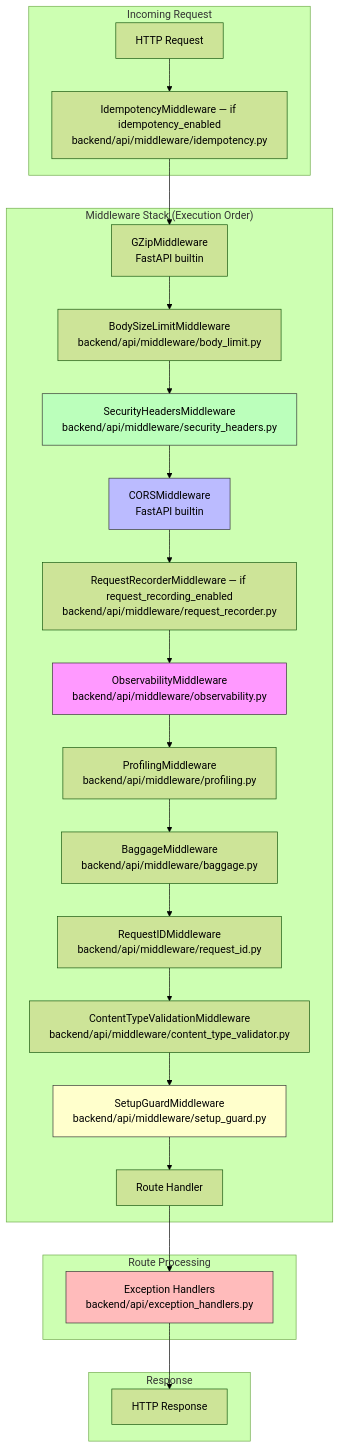
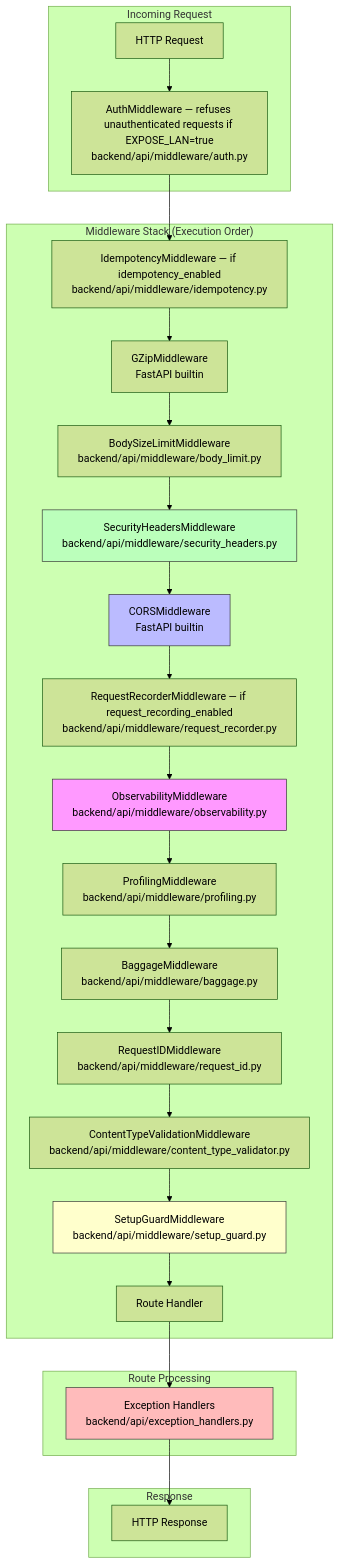
Before and after one commit to mikesvoboda/nemotron-v3-home-security-intelligence: the diagram in docs/architecture/middleware/README.md, drawn with Mermaid (forest theme). The commit also changed other lines of this file and 9 other files, not shown here.

First line of the commit message:
docs: describe the EXPOSE_LAN auth model (B1.5)

````diff
--- a/docs/architecture/middleware/README.md
+++ b/docs/architecture/middleware/README.md
@@ -25,36 +25,37 @@
 ```mermaid
 graph TD
     subgraph "Incoming Request"
-        REQ[HTTP Request] --> IDEM
+        REQ[HTTP Request] --> AUTH
     end
 
     subgraph "Middleware Stack (Execution Order)"
+        AUTH[AuthMiddleware — refuses unauthenticated requests if EXPOSE_LAN=true<br/>backend/api/middleware/auth.py] --> IDEM
         IDEM[IdempotencyMiddleware — if idempotency_enabled<br/>backend/api/middleware/idempotency.py] --> GZIP
         GZIP[GZipMiddleware<br/>FastAPI builtin] --> BL
         BL[BodySizeLimitMiddleware<br/>backend/api/middleware/body_limit.py] --> SEC
         SEC[SecurityHeadersMiddleware<br/>backend/api/middleware/security_headers.py] --> CORS
         CORS[CORSMiddleware<br/>FastAPI builtin] --> RR
         RR[RequestRecorderMiddleware — if request_recording_enabled<br/>backend/api/middleware/request_recorder.py] --> OBS
         OBS[ObservabilityMiddleware<br/>backend/api/middleware/observability.py] --> PROF
         PROF[ProfilingMiddleware<br/>backend/api/middleware/profiling.py] --> BAG
         BAG[BaggageMiddleware<br/>backend/api/middleware/baggage.py] --> RID
         RID[RequestIDMiddleware<br/>backend/api/middleware/request_id.py] --> CT
         CT[ContentTypeValidationMiddleware<br/>backend/api/middleware/content_type_validator.py] --> SG
         SG[SetupGuardMiddleware<br/>backend/api/middleware/setup_guard.py] --> ROUTE
     end
 
     subgraph "Route Processing"
         ROUTE[Route Handler] --> EH
         EH[Exception Handlers<br/>backend/api/exception_handlers.py]
     end
 
     subgraph "Response"
         EH --> RESP[HTTP Response]
     end
 
     style OBS fill:#f9f,stroke:#333
     style CORS fill:#bbf,stroke:#333
     style SEC fill:#bfb,stroke:#333
     style SG fill:#ffc,stroke:#333
     style EH fill:#fbb,stroke:#333
 ```
````
